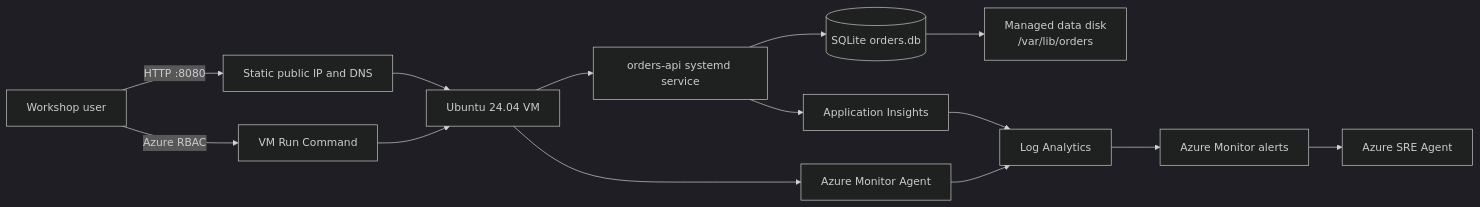
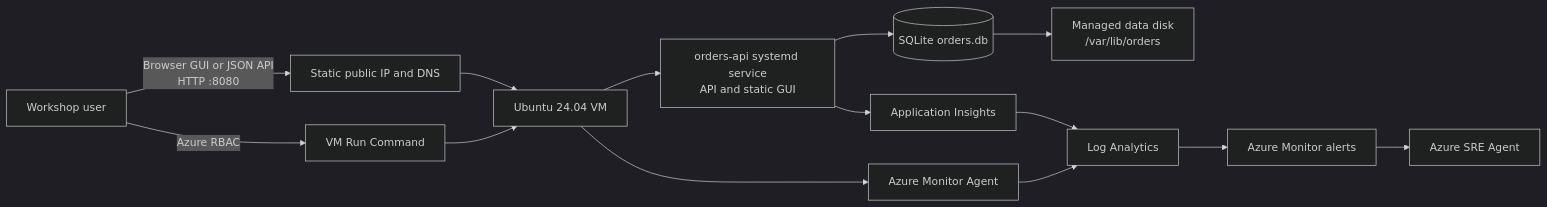
The diagram in docs/sre/01-deploy-and-validate/index.md (charliekw411/sre-agent-workshop), drawn with Mermaid (dark theme) before and after one commit. The commit also changed other lines of this file and 22 other files, not shown here.

First line of the commit message:
feat: add browser GUI for the Orders API (#23)

````diff
--- a/docs/sre/01-deploy-and-validate/index.md
+++ b/docs/sre/01-deploy-and-validate/index.md
@@ -44,18 +44,18 @@
 ```mermaid
 flowchart LR
-    User[Workshop user] -->|HTTP :8080| IP[Static public IP and DNS]
+    User[Workshop user] -->|Browser GUI or JSON API<br/>HTTP :8080| IP[Static public IP and DNS]
     IP --> VM[Ubuntu 24.04 VM]
-    VM --> Service[orders-api systemd service]
+    VM --> Service[orders-api systemd service<br/>API and static GUI]
     Service --> DB[(SQLite orders.db)]
     DB --> Disk[Managed data disk<br/>/var/lib/orders]
 
     Service --> AI[Application Insights]
     VM --> AMA[Azure Monitor Agent]
     AMA --> LAW[Log Analytics]
     AI --> LAW
     LAW --> Alerts[Azure Monitor alerts]
     Alerts --> Agent[Azure SRE Agent]
 
     User -->|Azure RBAC| RC[VM Run Command]
     RC --> VM
 ```
````
